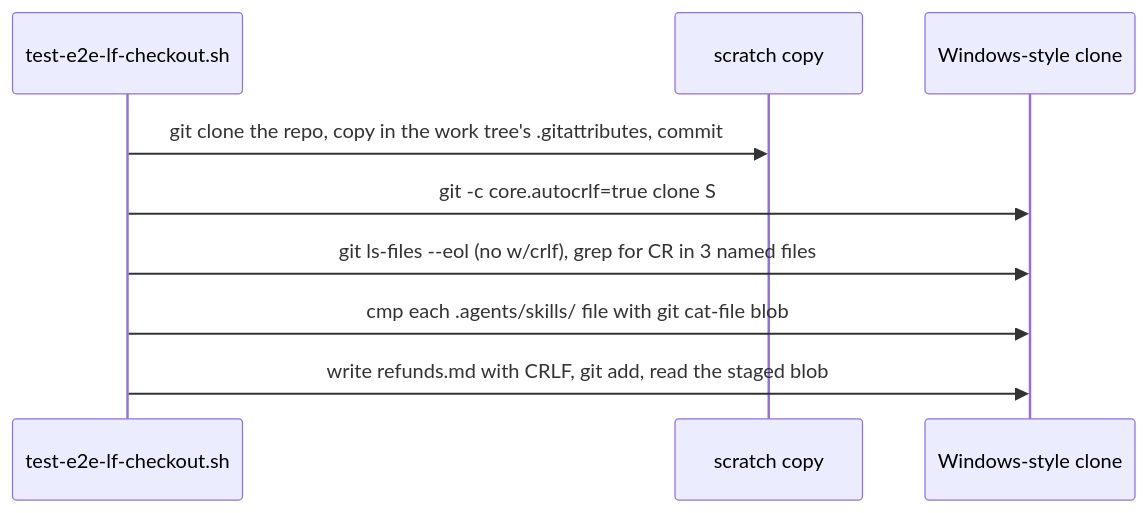
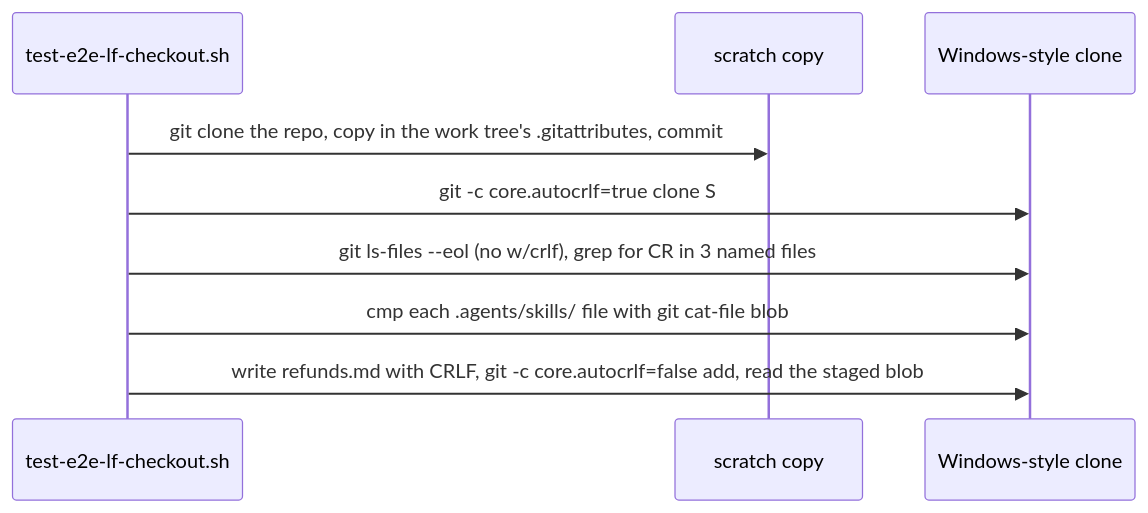
The third of 3 diagrams in docs/specs/lf-checkout.md (dzaffren/claude-plugin), drawn with Mermaid before and after one commit. The commit also changed other lines of this file and 2 other files, not shown here.

````diff
--- a/docs/specs/lf-checkout.md
+++ b/docs/specs/lf-checkout.md
@@ -94,11 +94,11 @@
 ```mermaid
 sequenceDiagram
     participant T as test-e2e-lf-checkout.sh
     participant S as scratch copy
     participant W as Windows-style clone
     T->>S: git clone the repo, copy in the work tree's .gitattributes, commit
     T->>W: git -c core.autocrlf=true clone S
     T->>W: git ls-files --eol (no w/crlf), grep for CR in 3 named files
     T->>W: cmp each .agents/skills/ file with git cat-file blob
-    T->>W: write refunds.md with CRLF, git add, read the staged blob
+    T->>W: write refunds.md with CRLF, git -c core.autocrlf=false add, read the staged blob
 ```
````
